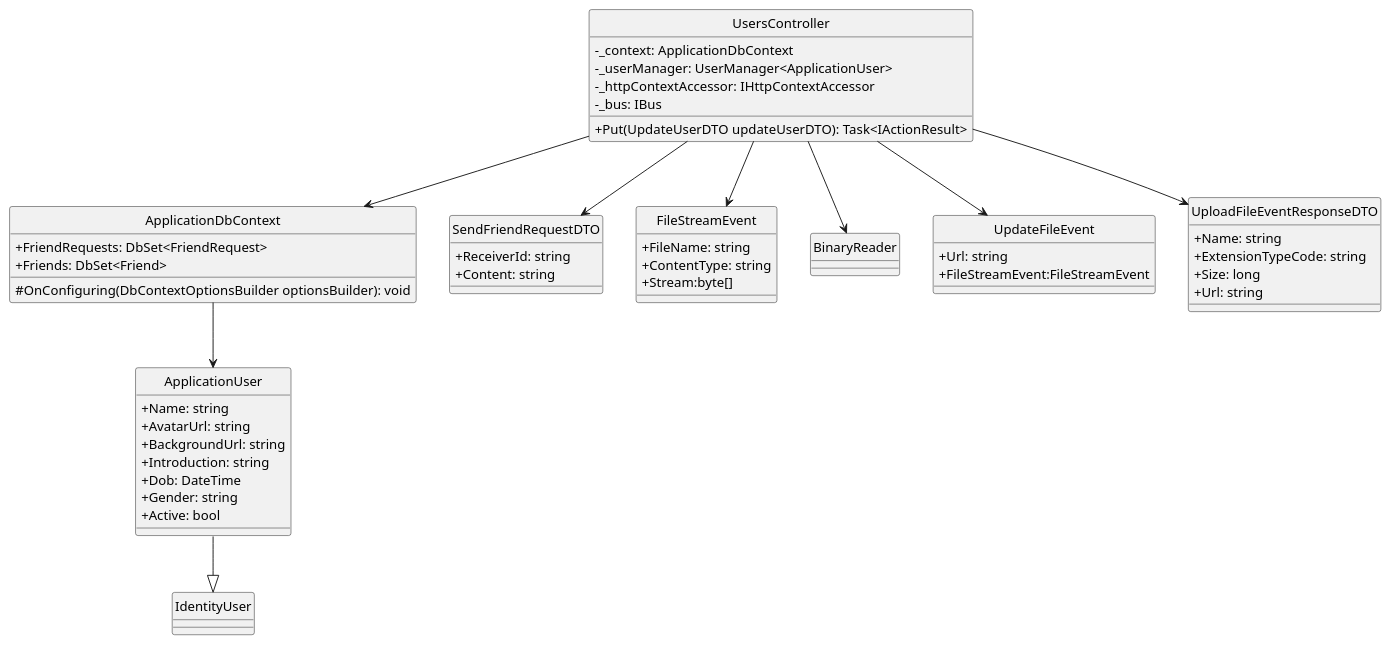
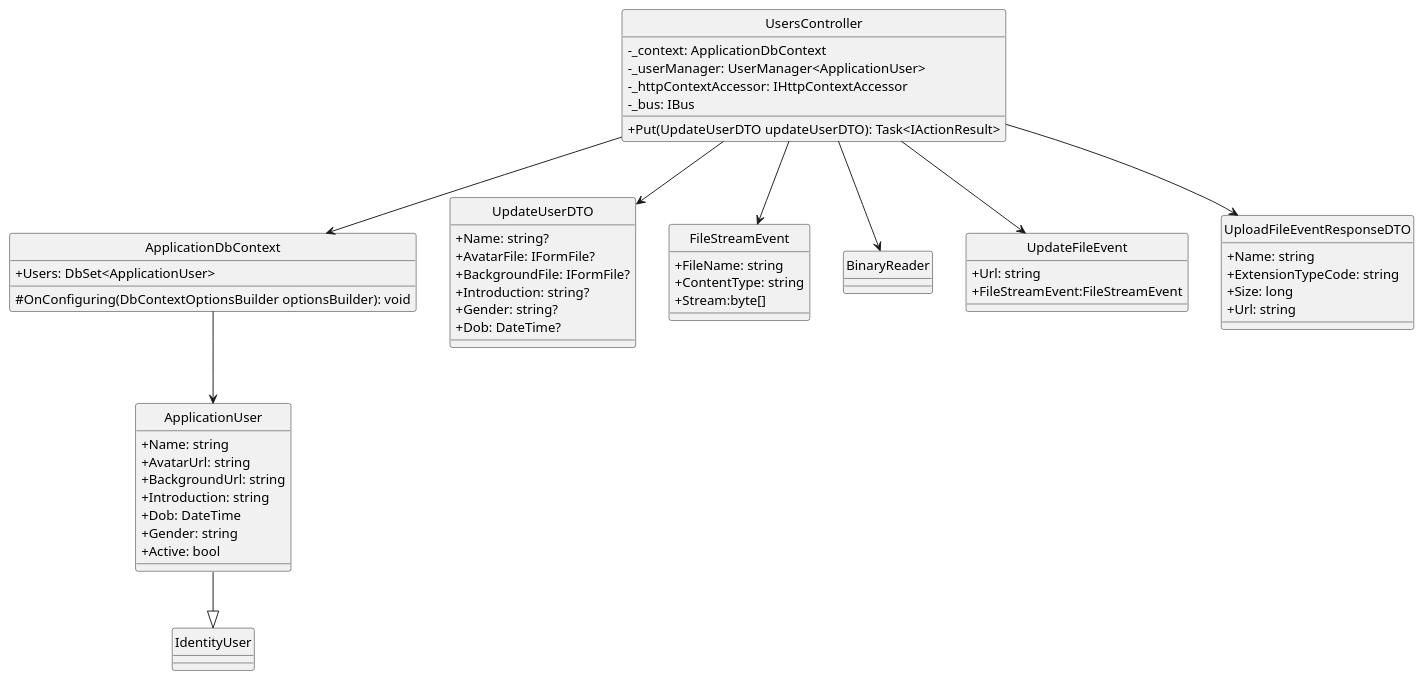
Before and after one commit to Carl-Johnsons/Chat-Application: the diagram in docs/Class Diagram/Identity/UpdateUser/ClassDiagram.plantuml, drawn with PlantUML. The commit also changed 11 other files, not shown here.

Commit message:
Complete Identity Service class Diagram

```diff
--- a/docs/Class Diagram/Identity/UpdateUser/ClassDiagram.plantuml
+++ b/docs/Class Diagram/Identity/UpdateUser/ClassDiagram.plantuml
@@ -1,63 +1,66 @@
 @startuml updateUser
 hide circle
 skinparam classAttributeIconSize 0
 class UsersController {
     - _context: ApplicationDbContext
     - _userManager: UserManager<ApplicationUser>
     - _httpContextAccessor: IHttpContextAccessor
     - _bus: IBus
     + Put(UpdateUserDTO updateUserDTO): Task<IActionResult>
 }
 
 class ApplicationDbContext {
-    +FriendRequests: DbSet<FriendRequest>
-    +Friends: DbSet<Friend>
+    +Users: DbSet<ApplicationUser>
     #OnConfiguring(DbContextOptionsBuilder optionsBuilder): void
 }
 
 
-class SendFriendRequestDTO {
-    +ReceiverId: string
-    +Content: string
+class UpdateUserDTO {
+    +Name: string?
+    +AvatarFile: IFormFile?
+    +BackgroundFile: IFormFile?
+    +Introduction: string?
+    +Gender: string?
+    +Dob: DateTime?
 }
 
 class FileStreamEvent
 {
     +FileName: string
     +ContentType: string
     +Stream:byte[]
 }
 class BinaryReader
 class UpdateFileEvent{
     +Url: string
     +FileStreamEvent:FileStreamEvent
 }
 
 class UploadFileEventResponseDTO{
     +Name: string
     +ExtensionTypeCode: string
     +Size: long
     +Url: string
 }
 
 class ApplicationUser {
     +Name: string
     +AvatarUrl: string
     +BackgroundUrl: string
     +Introduction: string
     +Dob: DateTime
     +Gender: string
     +Active: bool
 }
 
 class IdentityUser
 
 UsersController --> ApplicationDbContext
-UsersController --> SendFriendRequestDTO
+UsersController --> UpdateUserDTO
 UsersController --> BinaryReader
 UsersController --> FileStreamEvent
 UsersController --> UpdateFileEvent
 UsersController --> UploadFileEventResponseDTO
 ApplicationDbContext --> ApplicationUser
 ApplicationUser --|> IdentityUser
 @enduml
```
